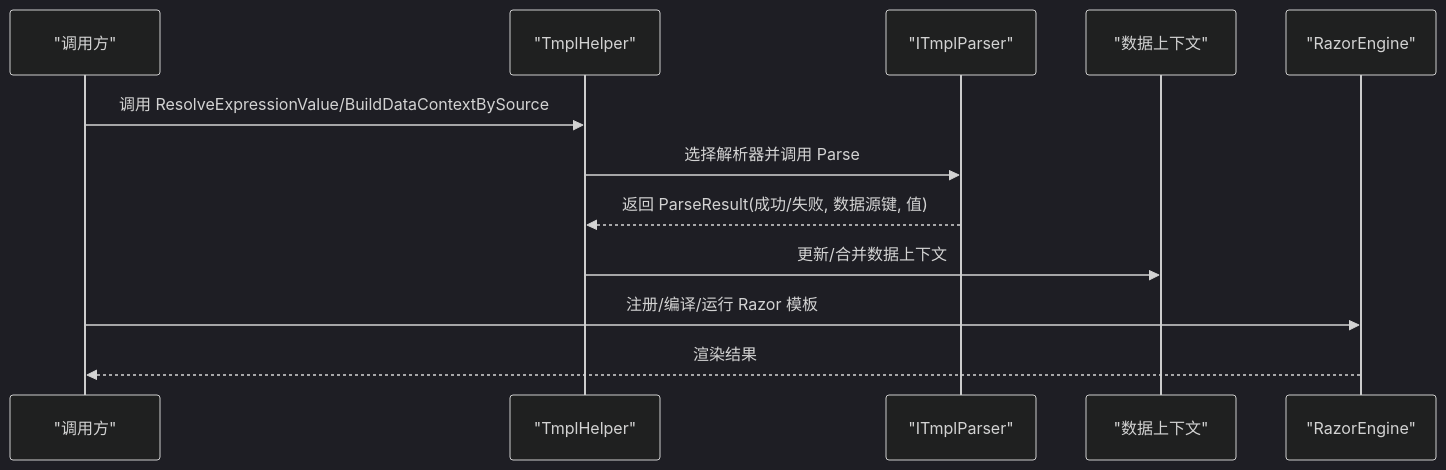
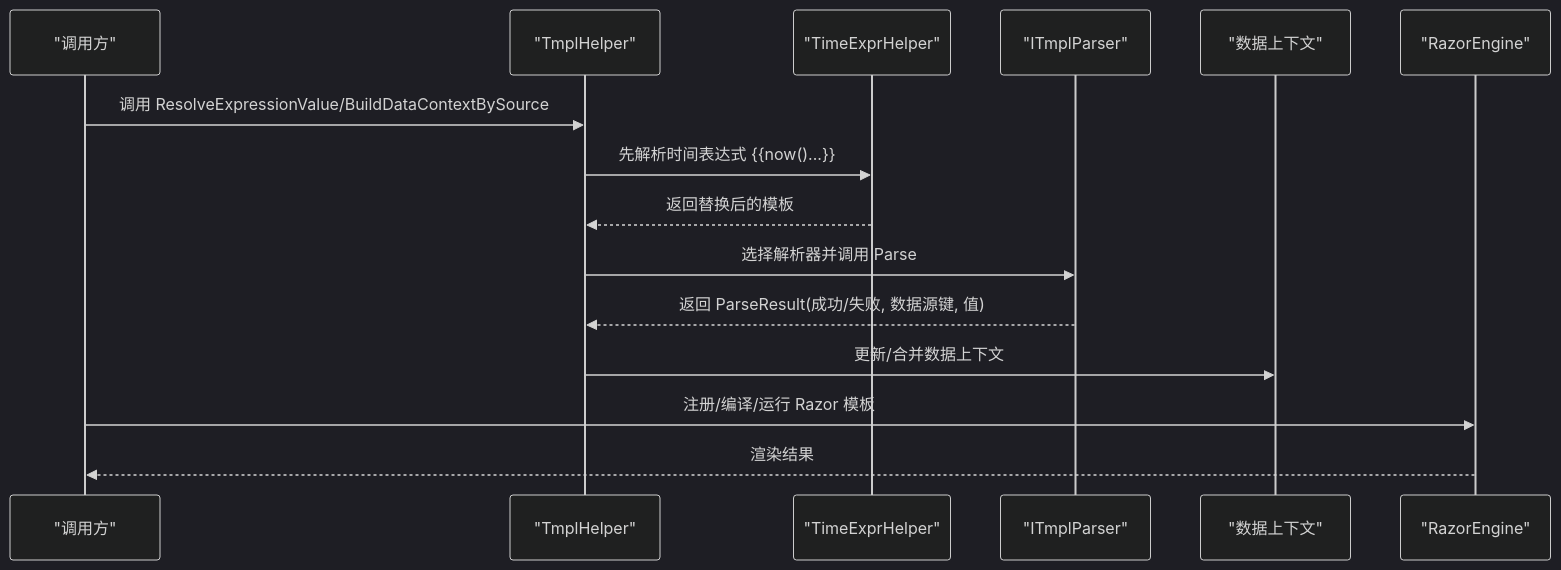
Before and after one commit to Sosososolong/AirGo: the second of 8 diagrams in .qoder/repowiki/zh/content/模板引擎系统/模板引擎系统.md, drawn with Mermaid (dark theme). The commit also changed other lines of this file and 15 other files, not shown here.

````diff
--- a/.qoder/repowiki/zh/content/模板引擎系统/模板引擎系统.md
+++ b/.qoder/repowiki/zh/content/模板引擎系统/模板引擎系统.md
@@ -110,14 +124,17 @@
 ```mermaid
 sequenceDiagram
 participant Caller as "调用方"
 participant TH as "TmplHelper"
+participant TEH as "TimeExprHelper"
 participant IF as "ITmplParser"
 participant DC as "数据上下文"
 participant RE as "RazorEngine"
 Caller->>TH : 调用 ResolveExpressionValue/BuildDataContextBySource
+TH->>TEH : 先解析时间表达式 {{now()...}}
+TEH-->>TH : 返回替换后的模板
 TH->>IF : 选择解析器并调用 Parse
 IF-->>TH : 返回 ParseResult(成功/失败, 数据源键, 值)
 TH->>DC : 更新/合并数据上下文
 Caller->>RE : 注册/编译/运行 Razor 模板
 RE-->>Caller : 渲染结果
 ```
````
